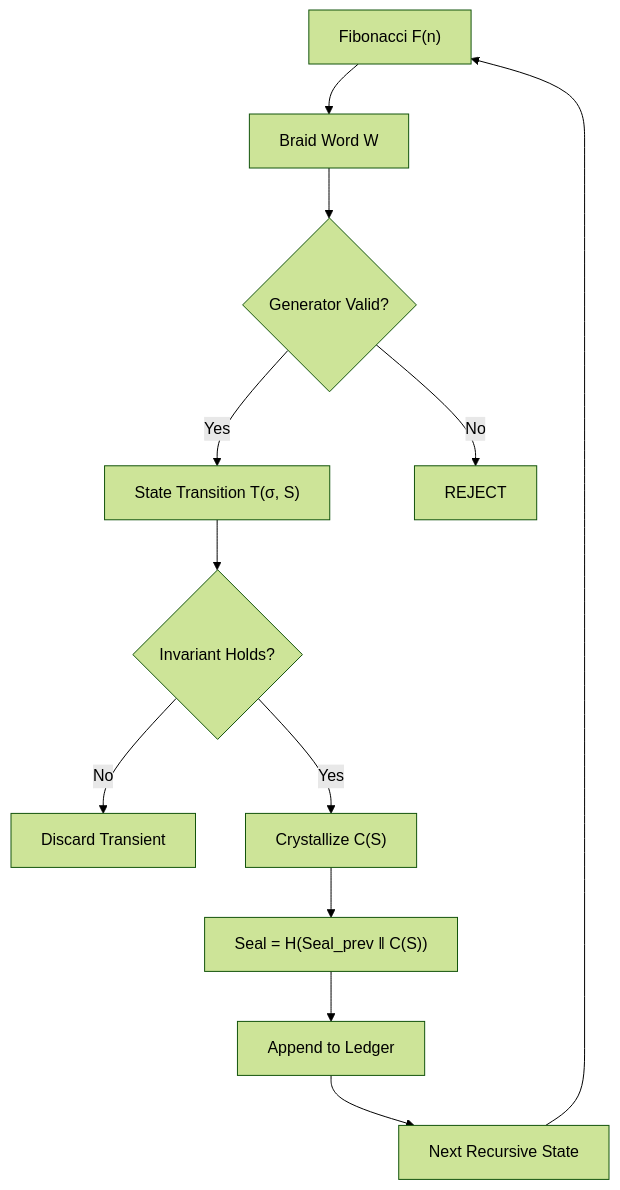
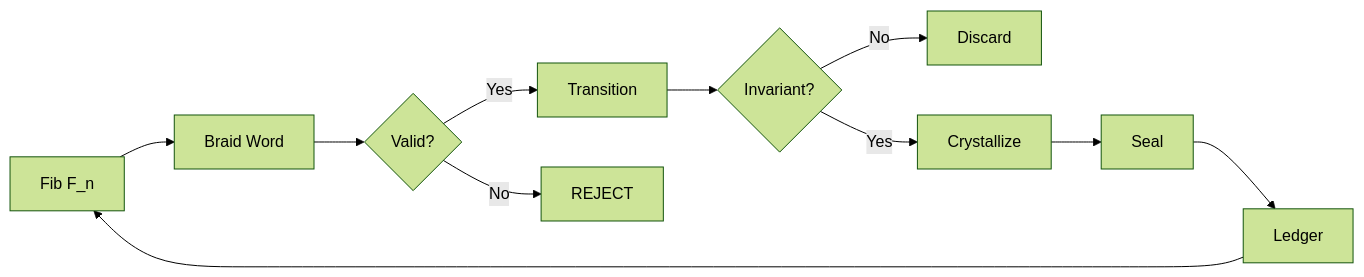
Before and after one commit to SNAPKITTYWEST/devflow-finance-twin: the first of 3 diagrams in README.md, drawn with Mermaid (forest theme). The commit also changed other lines of this file, not shown here.

Commit message:
fix README: compact flowcharts (LR layout, short labels), repo structure as text tree, verification as table

````diff
--- a/README.md
+++ b/README.md
@@ -51,14 +51,13 @@
 ```mermaid
-flowchart TD
-    A["Fibonacci F(n)"] --> B["Braid Word W"]
-    B --> C{"Generator Valid?"}
-    C -->|Yes| D["State Transition T(σ, S)"]
-    C -->|No| E["REJECT"]
-    D --> F{"Invariant Holds?"}
-    F -->|No| G["Discard Transient"]
-    F -->|Yes| H["Crystallize C(S)"]
-    H --> I["Seal = H(Seal_prev ‖ C(S))"]
-    I --> J["Append to Ledger"]
-    J --> K["Next Recursive State"]
-    K --> A
+flowchart LR
+    A[Fib F_n] --> B[Braid Word]
+    B --> C{Valid?}
+    C -->|Yes| D[Transition]
+    C -->|No| E[REJECT]
+    D --> F{Invariant?}
+    F -->|No| G[Discard]
+    F -->|Yes| H[Crystallize]
+    H --> I[Seal]
+    I --> J[Ledger]
+    J --> A
 ```
````
